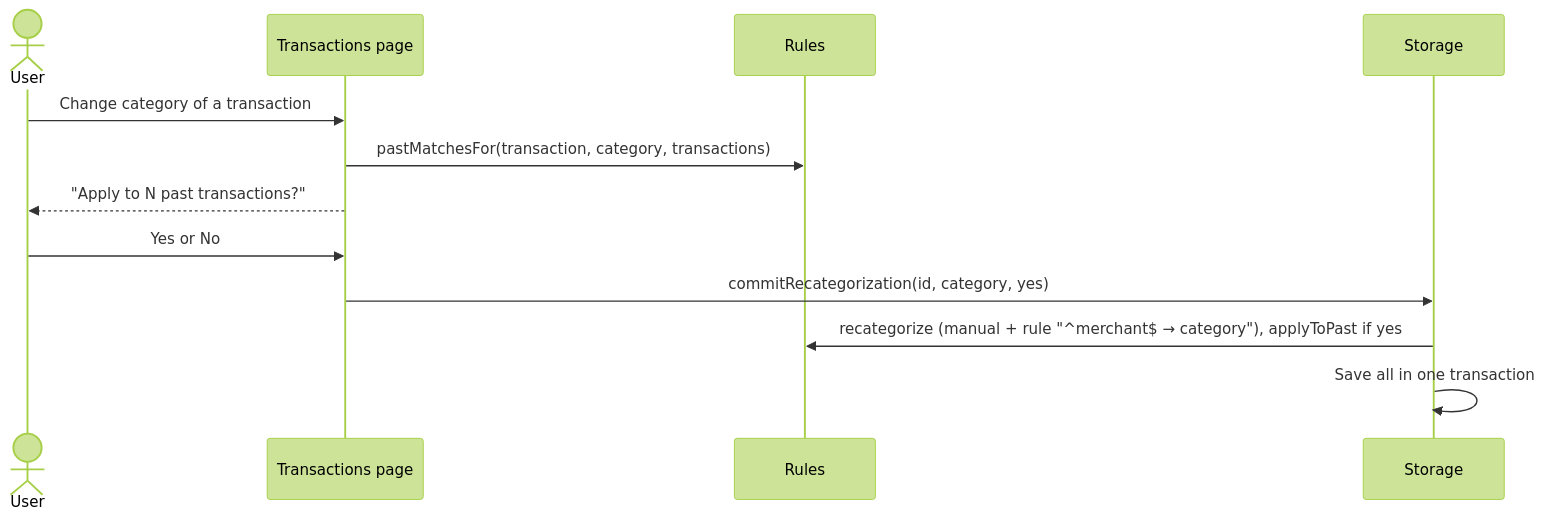
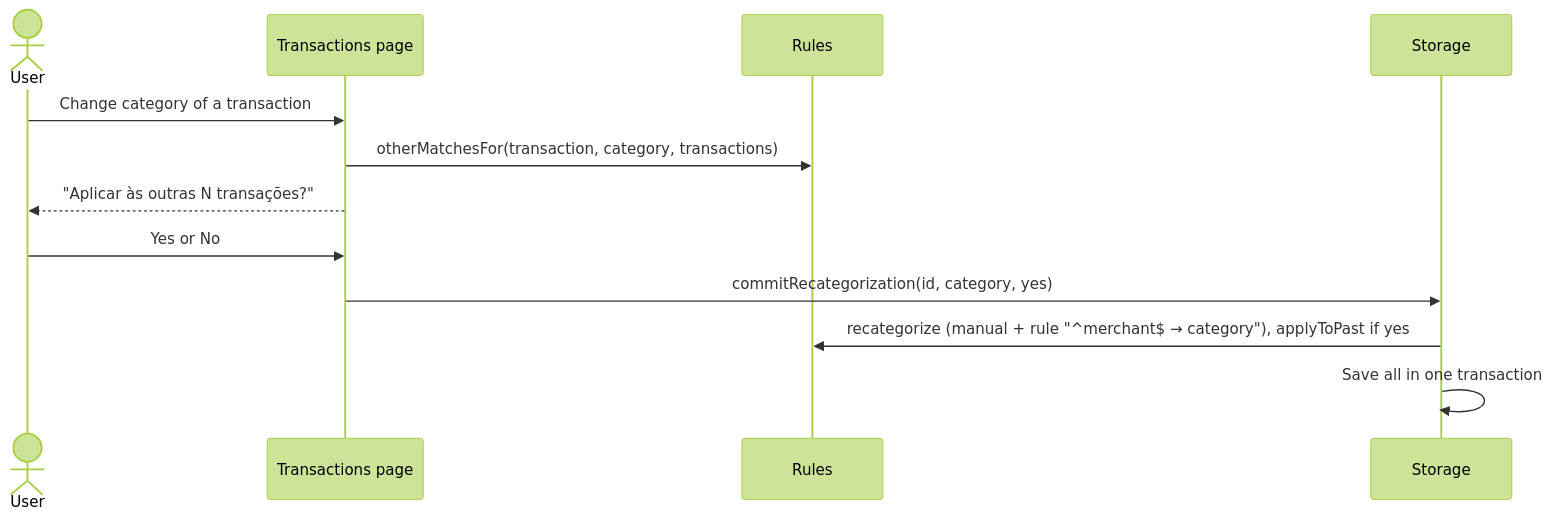
Before and after one commit to kauegalons/card-insights: the third of 4 diagrams in docs/spec/v1.md, drawn with Mermaid (forest theme). The commit also changed other lines of this file and 6 other files, not shown here.

First line of the commit message:
refactor: rename pastMatchesFor to otherMatchesFor (Phase 2 review) (#31)

````diff
--- a/docs/spec/v1.md
+++ b/docs/spec/v1.md
@@ -272,15 +272,15 @@
 ```mermaid
 sequenceDiagram
     actor U as User
     participant T as Transactions page
     participant R as Rules
     participant S as Storage
 
     U->>T: Change category of a transaction
-    T->>R: pastMatchesFor(transaction, category, transactions)
-    T-->>U: "Apply to N past transactions?"
+    T->>R: otherMatchesFor(transaction, category, transactions)
+    T-->>U: "Aplicar às outras N transações?"
     U->>T: Yes or No
     T->>S: commitRecategorization(id, category, yes)
     S->>R: recategorize (manual + rule "^merchant$ → category"), applyToPast if yes
     S->>S: Save all in one transaction
 ```
````
